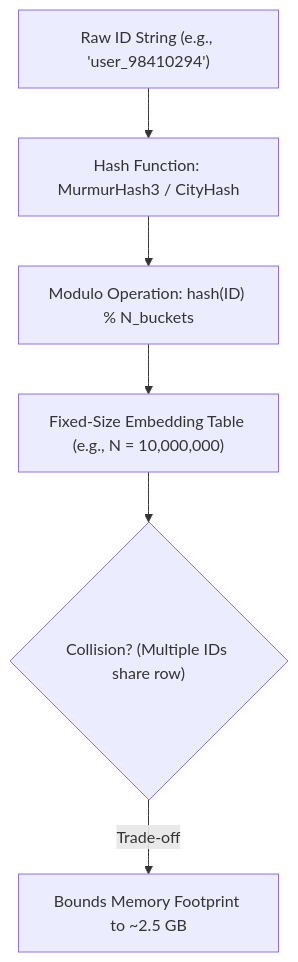
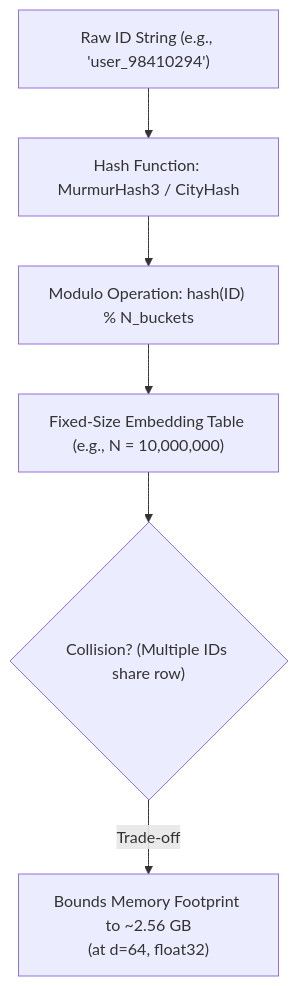
The fourth of 15 diagrams in System_Design/01_Recommendation_Systems/Part_2_Ranking_PreRanking_and_Feature_Engineering.md (jyotipmahes/ML-Interview-Prep), drawn with Mermaid before and after one commit. The commit also changed other lines of this file, not shown here.

````diff
--- a/System_Design/01_Recommendation_Systems/Part_2_Ranking_PreRanking_and_Feature_Engineering.md
+++ b/System_Design/01_Recommendation_Systems/Part_2_Ranking_PreRanking_and_Feature_Engineering.md
@@ -221,9 +252,9 @@
 ```mermaid
 flowchart TD
     RawID["Raw ID String (e.g., 'user_98410294')"] --> Hash["Hash Function: MurmurHash3 / CityHash"]
     Hash --> Mod["Modulo Operation: hash(ID) % N_buckets"]
     Mod --> Table["Fixed-Size Embedding Table (e.g., N = 10,000,000)"]
-    
+   
     Table --> CollisionCheck{"Collision? (Multiple IDs share row)"}
-    CollisionCheck -->|"Trade-off"| Bound["Bounds Memory Footprint to ~2.5 GB"]
+    CollisionCheck -->|"Trade-off"| Bound["Bounds Memory Footprint to ~2.56 GB<br/>(at d=64, float32)"]
 ```
````
